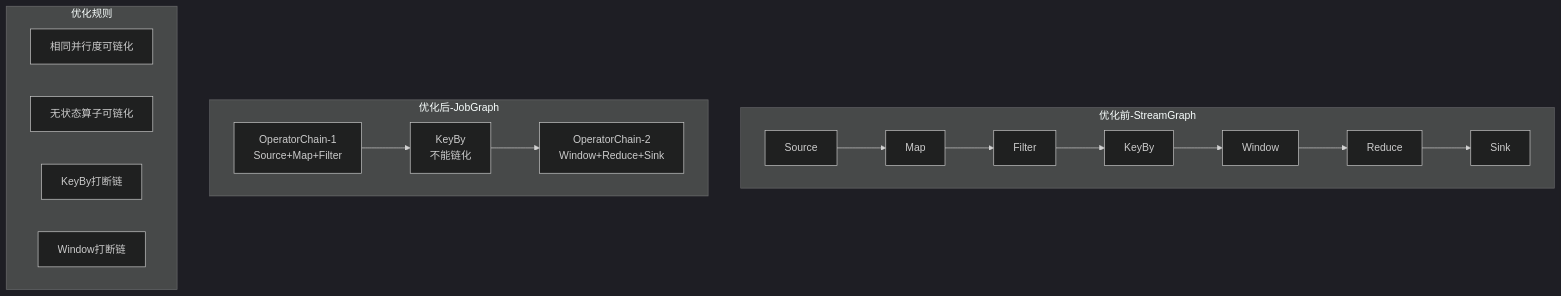
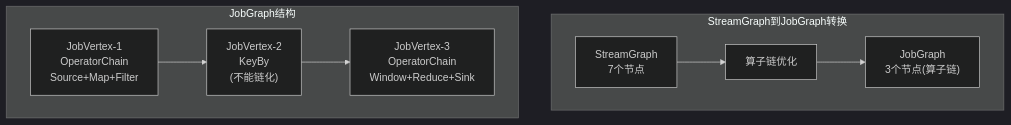
Before and after one commit to 312268112/advanced-java: the tenth of 23 diagrams in pipeline-framework-design.md, drawn with Mermaid (dark theme). The commit also changed other lines of this file, not shown here.

````diff
--- a/pipeline-framework-design.md
+++ b/pipeline-framework-design.md
@@ -1215,26 +594,19 @@
 ```mermaid
 graph TB
-    subgraph "优化前-StreamGraph"
-        S1[Source] --> M1[Map]
-        M1 --> F1[Filter]
-        F1 --> K1[KeyBy]
-        K1 --> W1[Window]
-        W1 --> R1[Reduce]
-        R1 --> Sk1[Sink]
+    subgraph "StreamGraph到JobGraph转换"
+        SG["StreamGraph<br/>7个节点"]
+        JG["JobGraph<br/>3个节点(算子链)"]
+        
+        SG --> Optimize[算子链优化]
+        Optimize --> JG
     end
     
-    subgraph "优化后-JobGraph"
-        Chain1["OperatorChain-1<br/>Source+Map+Filter"]
-        KB["KeyBy<br/>不能链化"]
-        Chain2["OperatorChain-2<br/>Window+Reduce+Sink"]
+    subgraph "JobGraph结构"
+        Chain1["JobVertex-1<br/>OperatorChain<br/>Source+Map+Filter"]
+        Vertex2["JobVertex-2<br/>KeyBy<br/>(不能链化)"]
+        Chain2["JobVertex-3<br/>OperatorChain<br/>Window+Reduce+Sink"]
         
-        Chain1 --> KB --> Chain2
-    end
-    
-    subgraph "优化规则"
-        Rule1[相同并行度可链化]
-        Rule2[无状态算子可链化]
-        Rule3[KeyBy打断链]
-        Rule4[Window打断链]
+        Chain1 --> Vertex2
+        Vertex2 --> Chain2
     end
 ```
````
